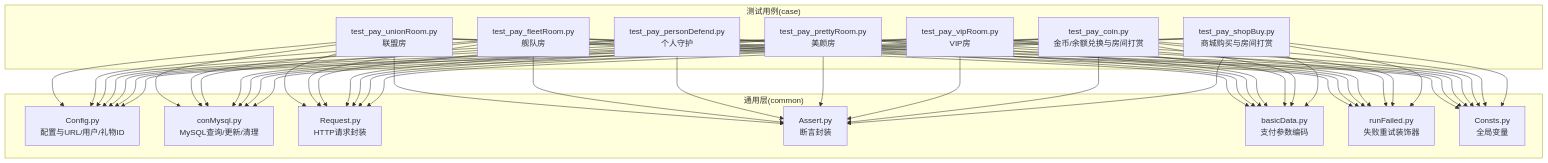
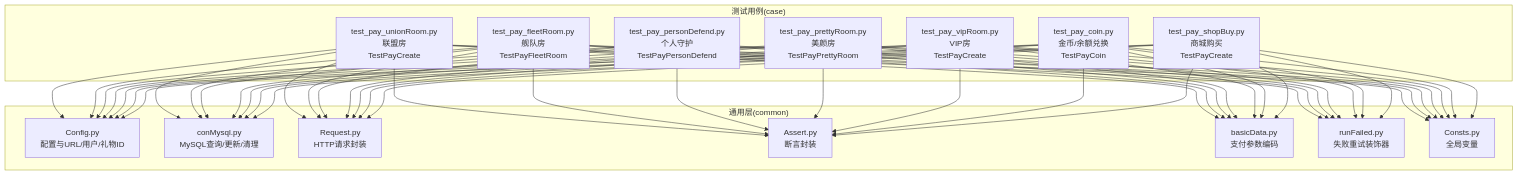
Before and after one commit to liximing1-ola/qa-payTest: the first of 8 diagrams in .qoder/repowiki/zh/content/支付测试用例/房间支付测试/房间支付测试.md, drawn with Mermaid. The commit also changed other lines of this file and 103 other files, not shown here.

````diff
--- a/.qoder/repowiki/zh/content/支付测试用例/房间支付测试/房间支付测试.md
+++ b/.qoder/repowiki/zh/content/支付测试用例/房间支付测试/房间支付测试.md
@@ -48,70 +59,70 @@
 ```mermaid
 graph TB
 subgraph "通用层(common)"
 CFG["Config.py<br/>配置与URL/用户/礼物ID"]
 DB["conMysql.py<br/>MySQL查询/更新/清理"]
 REQ["Request.py<br/>HTTP请求封装"]
 ASS["Assert.py<br/>断言封装"]
 BASIC["basicData.py<br/>支付参数编码"]
 RUN["runFailed.py<br/>失败重试装饰器"]
 CONST["Consts.py<br/>全局变量"]
 end
 subgraph "测试用例(case)"
-U["test_pay_unionRoom.py<br/>联盟房"]
-F["test_pay_fleetRoom.py<br/>舰队房"]
-D["test_pay_personDefend.py<br/>个人守护"]
-P["test_pay_prettyRoom.py<br/>美颜房"]
-V["test_pay_vipRoom.py<br/>VIP房"]
-C["test_pay_coin.py<br/>金币/余额兑换与房间打赏"]
-S["test_pay_shopBuy.py<br/>商城购买与房间打赏"]
+U["test_pay_unionRoom.py<br/>联盟房<br/>TestPayCreate"]
+F["test_pay_fleetRoom.py<br/>舰队房<br/>TestPayFleetRoom"]
+D["test_pay_personDefend.py<br/>个人守护<br/>TestPayPersonDefend"]
+P["test_pay_prettyRoom.py<br/>美颜房<br/>TestPayPrettyRoom"]
+V["test_pay_vipRoom.py<br/>VIP房<br/>TestPayCreate"]
+C["test_pay_coin.py<br/>金币/余额兑换<br/>TestPayCoin"]
+S["test_pay_shopBuy.py<br/>商城购买<br/>TestPayCreate"]
 end
 U --> CFG
 F --> CFG
 D --> CFG
 P --> CFG
 V --> CFG
 C --> CFG
 S --> CFG
 U --> DB
 F --> DB
 D --> DB
 P --> DB
 V --> DB
 C --> DB
 S --> DB
 U --> REQ
 F --> REQ
 D --> REQ
 P --> REQ
 V --> REQ
 C --> REQ
 S --> REQ
 U --> ASS
 F --> ASS
 D --> ASS
 P --> ASS
 V --> ASS
 C --> ASS
 S --> ASS
 U --> BASIC
 F --> BASIC
 D --> BASIC
 P --> BASIC
 V --> BASIC
 C --> BASIC
 S --> BASIC
 U --> RUN
 F --> RUN
 D --> RUN
 P --> RUN
 V --> RUN
 C --> RUN
 S --> RUN
 U --> CONST
 F --> CONST
 D --> CONST
 P --> CONST
 V --> CONST
 C --> CONST
 S --> CONST
 ```
````
